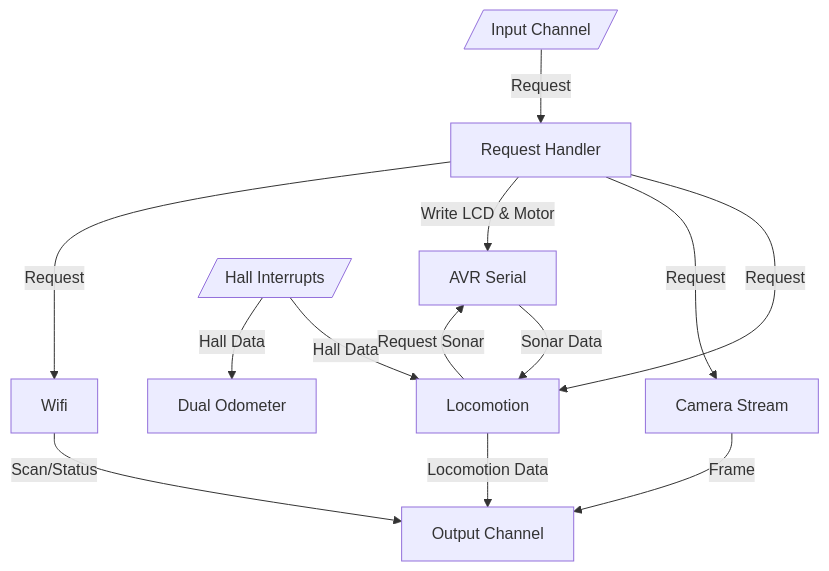
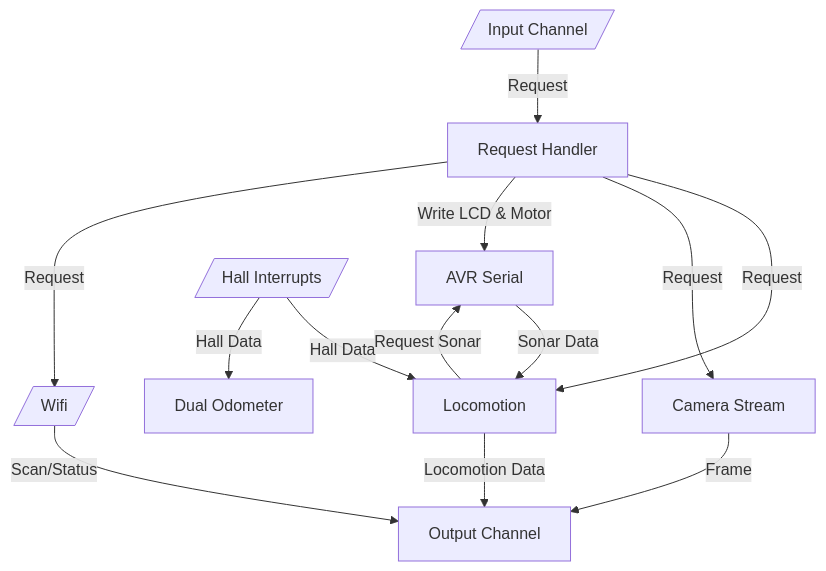
Before and after one commit to weisrc/project-wrover: the third of 7 diagrams in README.md, drawn with Mermaid. The commit also changed other lines of this file and 4 other files, not shown here.

````diff
--- a/README.md
+++ b/README.md
@@ -127,27 +165,27 @@
 ```mermaid
 flowchart TD
     avr_serial[AVR Serial]
     event_handler[Request Handler]
     channel_in[/Input Channel/]
     channel_out[Output Channel]
     locomotion[Locomotion]
     camera_stream[Camera Stream]
     hall_interrupt[/Hall Interrupts/]
     dual_odometer[Dual Odometer]
-    wifi[Wifi]
+    wifi[/Wifi/]
 
     avr_serial -->|Sonar Data| locomotion
     hall_interrupt -->|Hall Data| locomotion
     hall_interrupt -->|Hall Data| dual_odometer
     locomotion -->|Locomotion Data| channel_out
 
     channel_in -->|Request| event_handler
     camera_stream -->|Frame| channel_out
     wifi -->|Scan/Status| channel_out
 
     event_handler -->|Request| locomotion
     event_handler -->|Request| camera_stream
     event_handler -->|Write LCD & Motor| avr_serial
     locomotion -->|Request Sonar| avr_serial
     event_handler -->|Request| wifi
 ```
````
